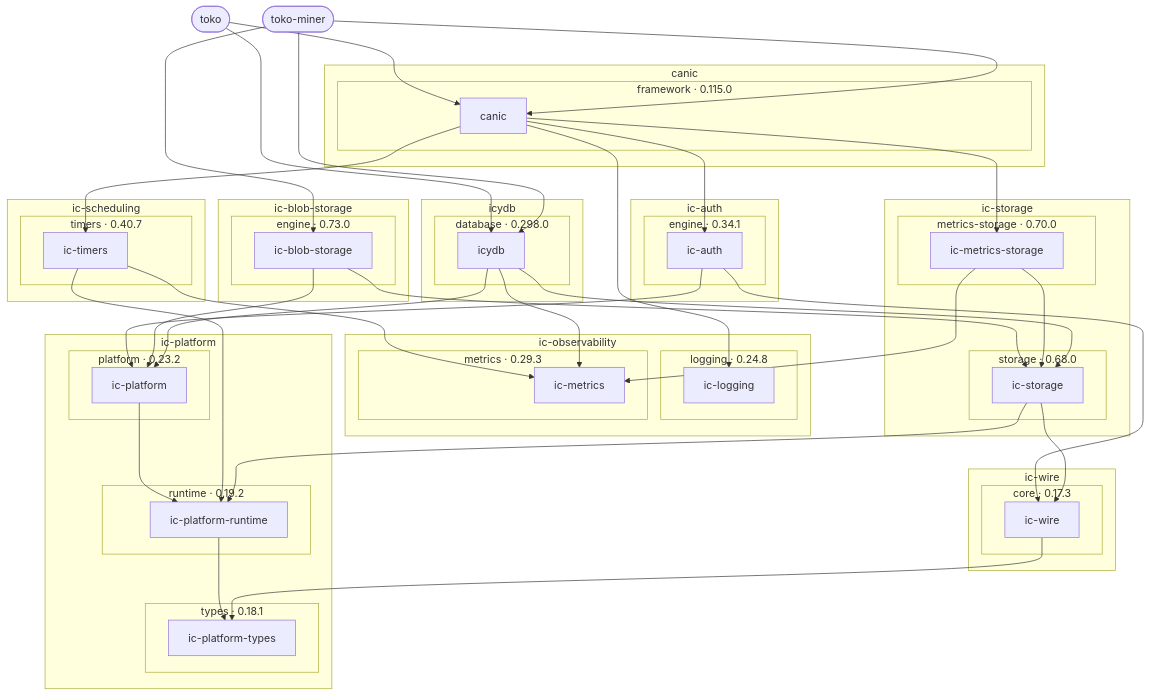
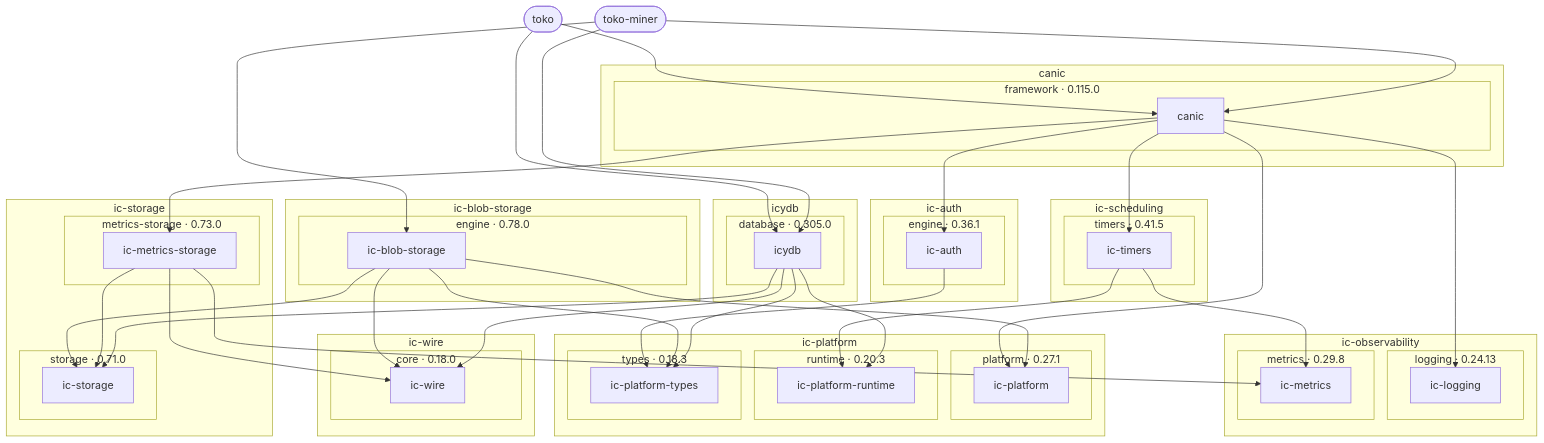
The diagram in README.md (dragginzgame/shared-tooling), drawn with Mermaid before and after one commit. The commit also changed other lines of this file and 7 other files, not shown here.

Commit message:
Clarify declared dependency and qualification graphs (#368)

````diff
--- a/README.md
+++ b/README.md
@@ -49,54 +50,54 @@
         end
     end
     subgraph p_repo_3aic_2dauth["ic-auth"]
-        subgraph p_group_3aic_2dauth_7cengine["engine · 0.34.1"]
+        subgraph p_group_3aic_2dauth_7cengine["engine · 0.36.1"]
             p_ic_2dauth_7ccargo_3aic_2dauth["ic-auth"]
         end
     end
     subgraph p_repo_3aic_2dblob_2dstorage["ic-blob-storage"]
-        subgraph p_group_3aic_2dblob_2dstorage_7cengine["engine · 0.73.0"]
+        subgraph p_group_3aic_2dblob_2dstorage_7cengine["engine · 0.78.0"]
             p_ic_2dblob_2dstorage_7ccargo_3aic_2dblob_2dstorage["ic-blob-storage"]
         end
     end
     subgraph p_repo_3aic_2dobservability["ic-observability"]
-        subgraph p_group_3aic_2dobservability_7clogging["logging · 0.24.8"]
+        subgraph p_group_3aic_2dobservability_7clogging["logging · 0.24.13"]
             p_ic_2dobservability_7ccargo_3aic_2dlogging["ic-logging"]
         end
-        subgraph p_group_3aic_2dobservability_7cmetrics["metrics · 0.29.3"]
+        subgraph p_group_3aic_2dobservability_7cmetrics["metrics · 0.29.8"]
             p_ic_2dobservability_7ccargo_3aic_2dmetrics["ic-metrics"]
         end
     end
     subgraph p_repo_3aic_2dplatform["ic-platform"]
-        subgraph p_group_3aic_2dplatform_7cplatform["platform · 0.23.2"]
+        subgraph p_group_3aic_2dplatform_7cplatform["platform · 0.27.1"]
             p_ic_2dplatform_7ccargo_3aic_2dplatform["ic-platform"]
         end
-        subgraph p_group_3aic_2dplatform_7cruntime["runtime · 0.19.2"]
+        subgraph p_group_3aic_2dplatform_7cruntime["runtime · 0.20.3"]
             p_ic_2dplatform_7ccargo_3aic_2dplatform_2druntime["ic-platform-runtime"]
         end
-        subgraph p_group_3aic_2dplatform_7ctypes["types · 0.18.1"]
+        subgraph p_group_3aic_2dplatform_7ctypes["types · 0.18.3"]
             p_ic_2dplatform_7ccargo_3aic_2dplatform_2dtypes["ic-platform-types"]
         end
     end
     subgraph p_repo_3aic_2dscheduling["ic-scheduling"]
-        subgraph p_group_3aic_2dscheduling_7ctimers["timers · 0.40.7"]
+        subgraph p_group_3aic_2dscheduling_7ctimers["timers · 0.41.5"]
             p_ic_2dscheduling_7ccargo_3aic_2dtimers["ic-timers"]
         end
     end
     subgraph p_repo_3aic_2dstorage["ic-storage"]
-        subgraph p_group_3aic_2dstorage_7cmetrics_2dstorage["metrics-storage · 0.70.0"]
+        subgraph p_group_3aic_2dstorage_7cmetrics_2dstorage["metrics-storage · 0.73.0"]
             p_ic_2dstorage_7ccargo_3aic_2dmetrics_2dstorage["ic-metrics-storage"]
         end
-        subgraph p_group_3aic_2dstorage_7cstorage["storage · 0.68.0"]
+        subgraph p_group_3aic_2dstorage_7cstorage["storage · 0.71.0"]
             p_ic_2dstorage_7ccargo_3aic_2dstorage["ic-storage"]
         end
     end
     subgraph p_repo_3aic_2dwire["ic-wire"]
-        subgraph p_group_3aic_2dwire_7ccore["core · 0.17.3"]
+        subgraph p_group_3aic_2dwire_7ccore["core · 0.18.0"]
             p_ic_2dwire_7ccargo_3aic_2dwire["ic-wire"]
         end
     end
     subgraph p_repo_3aicydb["icydb"]
-        subgraph p_group_3aicydb_7cdatabase["database · 0.298.0"]
+        subgraph p_group_3aicydb_7cdatabase["database · 0.305.0"]
             p_icydb_7ccargo_3aicydb["icydb"]
         end
     end
@@ -107,22 +108,21 @@
     p_app_3atoko_2dminer --> p_icydb_7ccargo_3aicydb
     p_canic_7ccargo_3acanic --> p_ic_2dauth_7ccargo_3aic_2dauth
     p_canic_7ccargo_3acanic --> p_ic_2dobservability_7ccargo_3aic_2dlogging
+    p_canic_7ccargo_3acanic --> p_ic_2dplatform_7ccargo_3aic_2dplatform
     p_canic_7ccargo_3acanic --> p_ic_2dscheduling_7ccargo_3aic_2dtimers
     p_canic_7ccargo_3acanic --> p_ic_2dstorage_7ccargo_3aic_2dmetrics_2dstorage
-    p_ic_2dauth_7ccargo_3aic_2dauth --> p_ic_2dplatform_7ccargo_3aic_2dplatform
-    p_ic_2dauth_7ccargo_3aic_2dauth --> p_ic_2dwire_7ccargo_3aic_2dwire
+    p_ic_2dauth_7ccargo_3aic_2dauth --> p_ic_2dplatform_7ccargo_3aic_2dplatform_2dtypes
     p_ic_2dblob_2dstorage_7ccargo_3aic_2dblob_2dstorage --> p_ic_2dplatform_7ccargo_3aic_2dplatform
+    p_ic_2dblob_2dstorage_7ccargo_3aic_2dblob_2dstorage --> p_ic_2dplatform_7ccargo_3aic_2dplatform_2dtypes
     p_ic_2dblob_2dstorage_7ccargo_3aic_2dblob_2dstorage --> p_ic_2dstorage_7ccargo_3aic_2dstorage
-    p_ic_2dplatform_7ccargo_3aic_2dplatform --> p_ic_2dplatform_7ccargo_3aic_2dplatform_2druntime
-    p_ic_2dplatform_7ccargo_3aic_2dplatform_2druntime --> p_ic_2dplatform_7ccargo_3aic_2dplatform_2dtypes
+    p_ic_2dblob_2dstorage_7ccargo_3aic_2dblob_2dstorage --> p_ic_2dwire_7ccargo_3aic_2dwire
     p_ic_2dscheduling_7ccargo_3aic_2dtimers --> p_ic_2dobservability_7ccargo_3aic_2dmetrics
     p_ic_2dscheduling_7ccargo_3aic_2dtimers --> p_ic_2dplatform_7ccargo_3aic_2dplatform_2druntime
     p_ic_2dstorage_7ccargo_3aic_2dmetrics_2dstorage --> p_ic_2dobservability_7ccargo_3aic_2dmetrics
     p_ic_2dstorage_7ccargo_3aic_2dmetrics_2dstorage --> p_ic_2dstorage_7ccargo_3aic_2dstorage
-    p_ic_2dstorage_7ccargo_3aic_2dstorage --> p_ic_2dplatform_7ccargo_3aic_2dplatform_2druntime
-    p_ic_2dstorage_7ccargo_3aic_2dstorage --> p_ic_2dwire_7ccargo_3aic_2dwire
-    p_ic_2dwire_7ccargo_3aic_2dwire --> p_ic_2dplatform_7ccargo_3aic_2dplatform_2dtypes
-    p_icydb_7ccargo_3aicydb --> p_ic_2dobservability_7ccargo_3aic_2dmetrics
-    p_icydb_7ccargo_3aicydb --> p_ic_2dplatform_7ccargo_3aic_2dplatform
+    p_ic_2dstorage_7ccargo_3aic_2dmetrics_2dstorage --> p_ic_2dwire_7ccargo_3aic_2dwire
+    p_icydb_7ccargo_3aicydb --> p_ic_2dplatform_7ccargo_3aic_2dplatform_2druntime
+    p_icydb_7ccargo_3aicydb --> p_ic_2dplatform_7ccargo_3aic_2dplatform_2dtypes
     p_icydb_7ccargo_3aicydb --> p_ic_2dstorage_7ccargo_3aic_2dstorage
+    p_icydb_7ccargo_3aicydb --> p_ic_2dwire_7ccargo_3aic_2dwire
 ```
````
